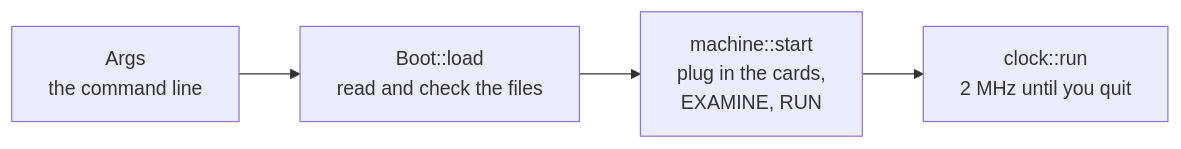
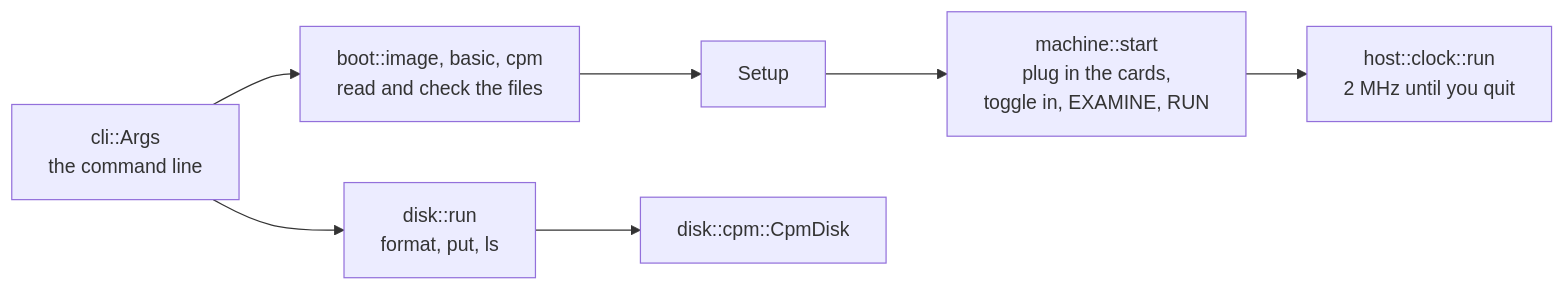
The second of 5 diagrams in docs/architecture.md (nazarslota/i8080), drawn with Mermaid before and after one commit. The commit also changed other lines of this file and 25 other files, not shown here.

First line of the commit message:
Restructure app around one Setup per way to boot

````diff
--- a/docs/architecture.md
+++ b/docs/architecture.md
@@ -177,6 +160,9 @@
 ```mermaid
 flowchart LR
-    args["Args<br/>the command line"] --> load["Boot::load<br/>read and check the files"]
-    load --> start["machine::start<br/>plug in the cards,<br/>EXAMINE, RUN"]
-    start --> clock["clock::run<br/>2 MHz until you quit"]
+    args["cli::Args<br/>the command line"] --> setup["boot::image, basic, cpm<br/>read and check the files"]
+    setup --> s["Setup"]
+    s --> start["machine::start<br/>plug in the cards,<br/>toggle in, EXAMINE, RUN"]
+    start --> clock["host::clock::run<br/>2 MHz until you quit"]
+    args --> disk["disk::run<br/>format, put, ls"]
+    disk --> cpm["disk::cpm::CpmDisk"]
 ```
````
